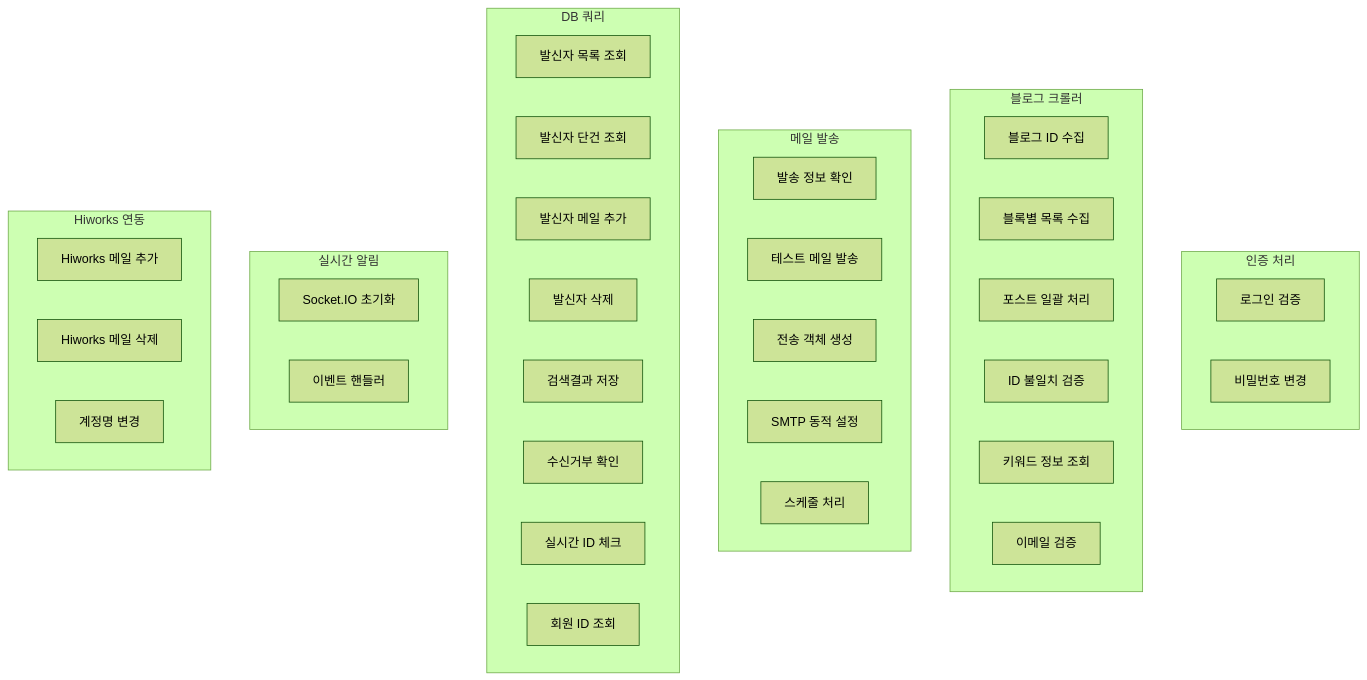
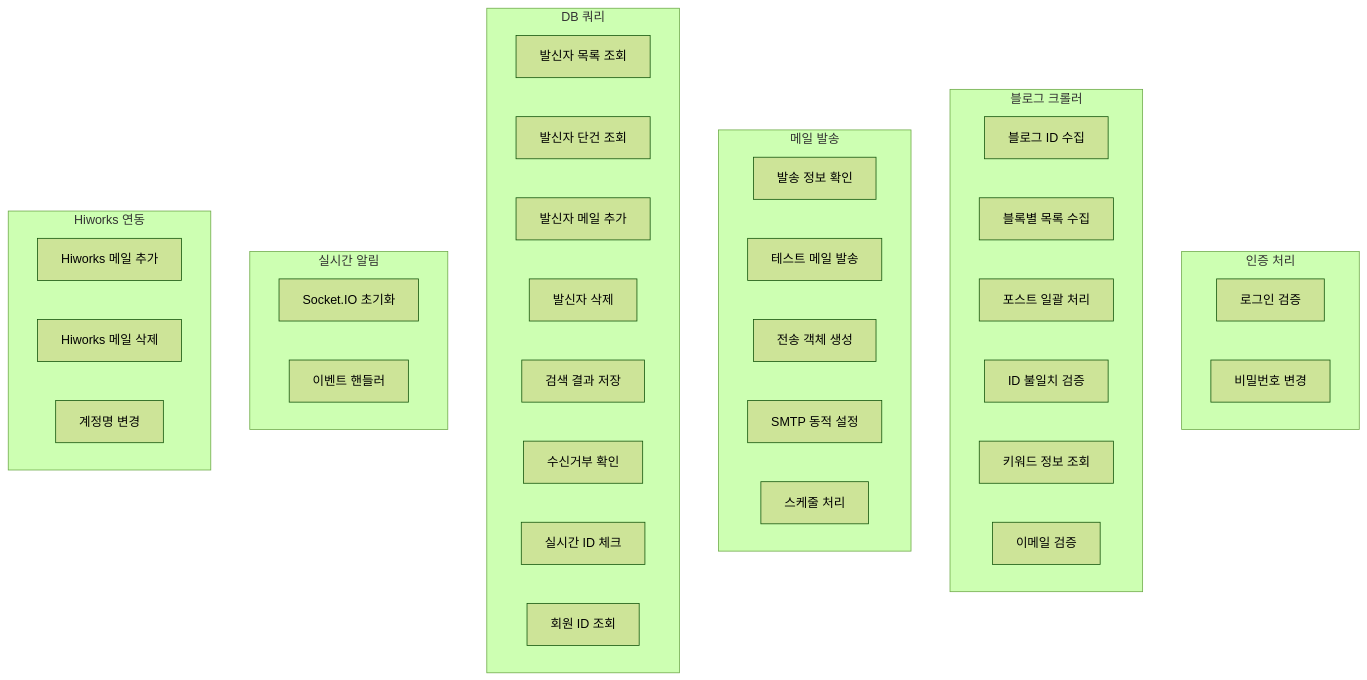
The fifth of 10 diagrams in content/Project/N사 인플루언서 마케팅/docs/02-layer-architecture.md (bis0908/fork-my-brain), drawn with Mermaid (forest theme) before and after one commit. The commit also changed other lines of this file and 9 other files, not shown here.

````diff
--- a/content/Project/N사 인플루언서 마케팅/docs/02-layer-architecture.md
+++ b/content/Project/N사 인플루언서 마케팅/docs/02-layer-architecture.md
@@ -169,46 +169,46 @@
 ```mermaid
 graph TB
     subgraph authService["인증 처리"]
         AS1[로그인 검증]
         AS2[비밀번호 변경]
     end
 
     subgraph doSearchService["블로그 크롤러"]
         DS1[블로그 ID 수집]
         DS2[블록별 목록 수집]
         DS3[포스트 일괄 처리]
         DS4[ID 불일치 검증]
         DS5[키워드 정보 조회]
         DS6[이메일 검증]
     end
 
     subgraph mailService["메일 발송"]
         MS1[발송 정보 확인]
         MS2[테스트 메일 발송]
         MS3[전송 객체 생성]
         MS4[SMTP 동적 설정]
         MS5[스케줄 처리]
     end
 
     subgraph queryService["DB 쿼리"]
         QS1[발신자 목록 조회]
         QS2[발신자 단건 조회]
         QS3[발신자 메일 추가]
         QS4[발신자 삭제]
-        QS5[검색결과 저장]
+        QS5[검색 결과 저장]
         QS6[수신거부 확인]
         QS7[실시간 ID 체크]
         QS8[회원 ID 조회]
     end
 
     subgraph socketService["실시간 알림"]
         SS1[Socket.IO 초기화]
         SS2[이벤트 핸들러]
     end
 
     subgraph hiworksService["Hiworks 연동"]
         HS1[Hiworks 메일 추가]
         HS2[Hiworks 메일 삭제]
         HS3[계정명 변경]
     end
 ```
````
